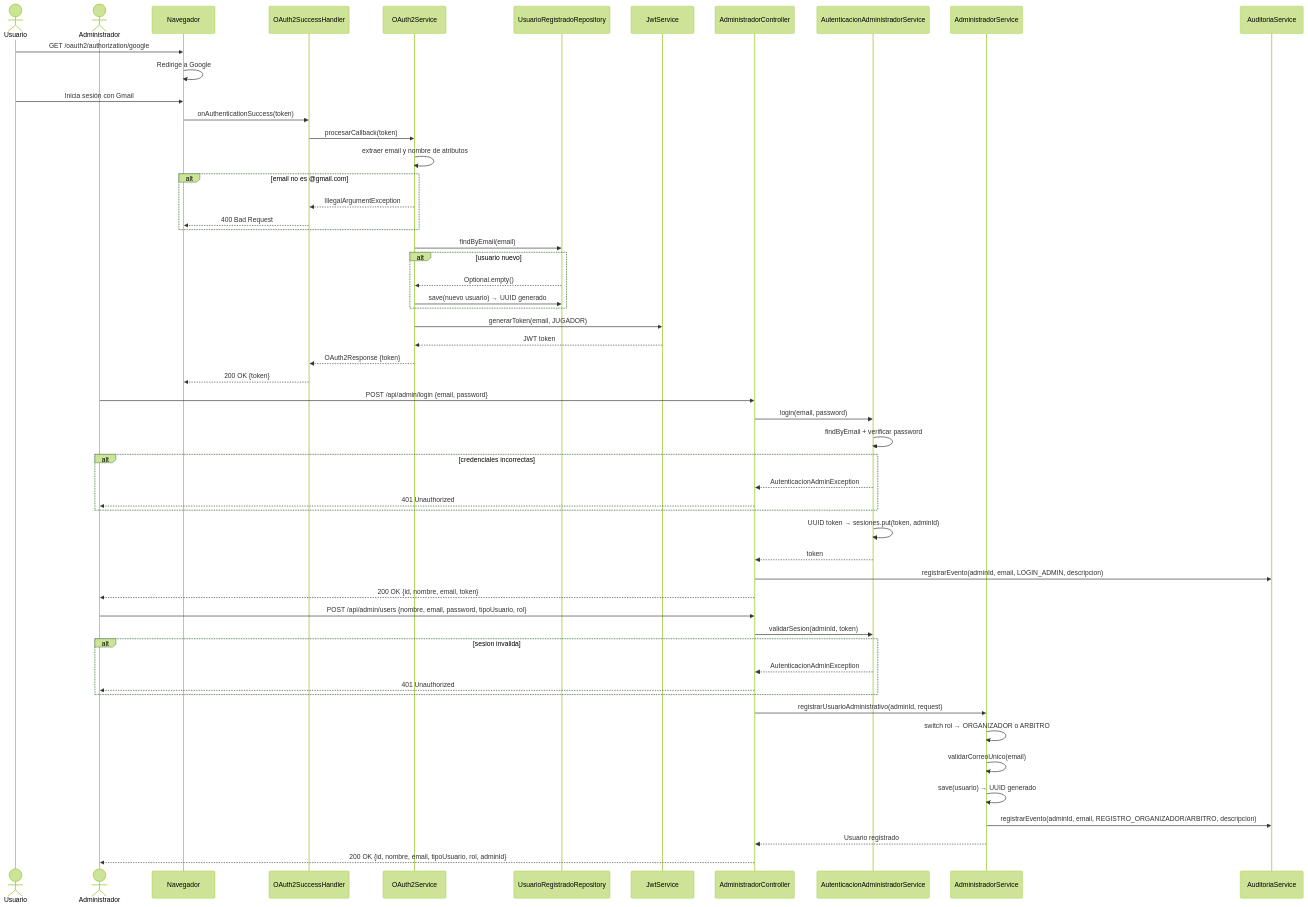
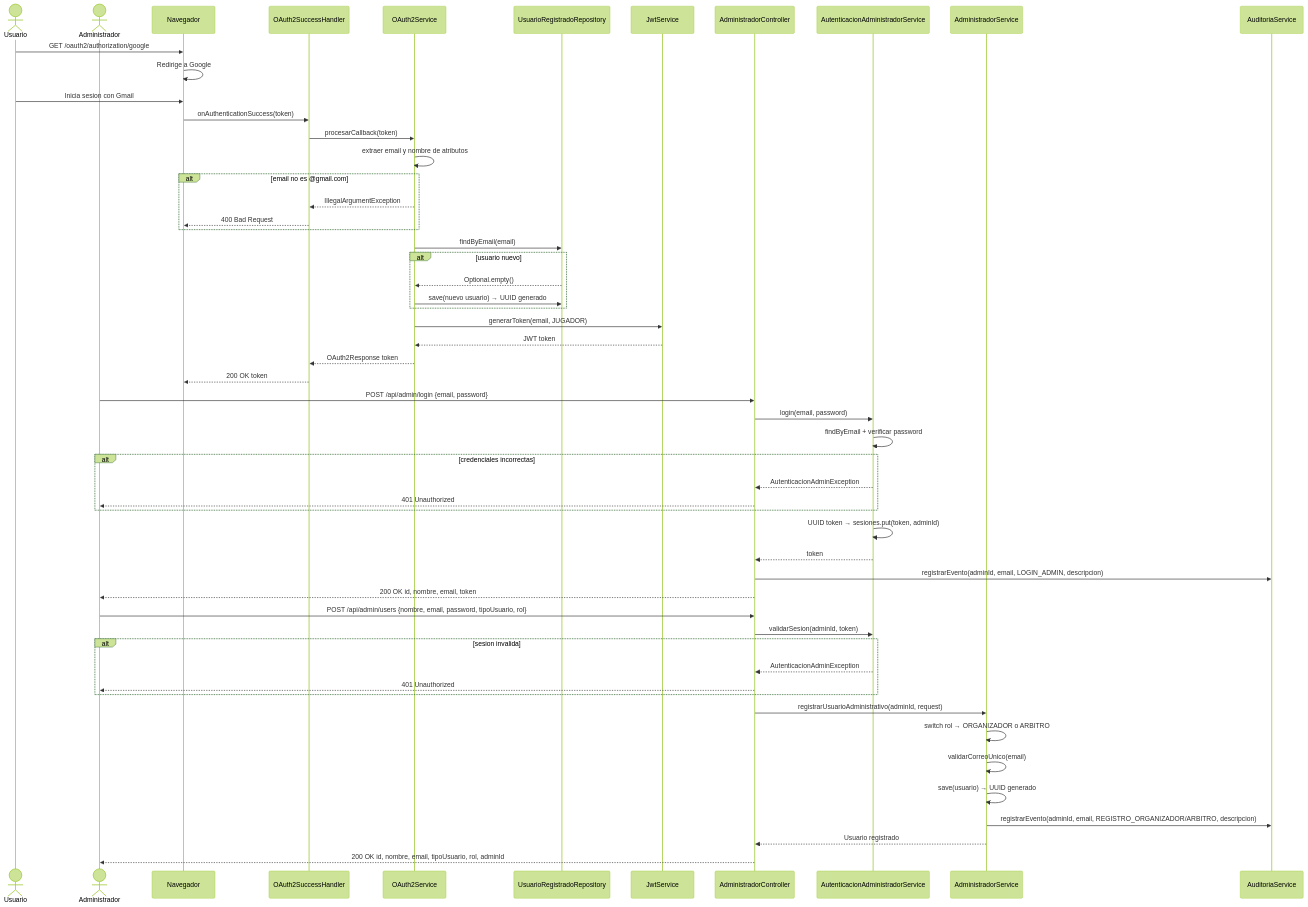
The diagram in docs/uml/diagramas-secuencia/12-oauth2-admin.md (nglsz006/SFC_techcup-futbol), drawn with Mermaid (forest theme) before and after one commit. The commit also changed other lines of this file and 22 other files, not shown here.

Commit message:
docs: arreglar diagramas final

````diff
--- a/docs/uml/diagramas-secuencia/12-oauth2-admin.md
+++ b/docs/uml/diagramas-secuencia/12-oauth2-admin.md
@@ -3,63 +7,63 @@
 ```mermaid
 sequenceDiagram
     actor Usuario
     actor Administrador
     participant Navegador
     participant OAuth2SuccessHandler
     participant OAuth2Service
     participant UsuarioRegistradoRepository
     participant JwtService
     participant AdministradorController
     participant AutenticacionAdministradorService
     participant AdministradorService
     participant AuditoriaService
 
     %% Login con Google OAuth2
     Usuario->>Navegador: GET /oauth2/authorization/google
     Navegador->>Navegador: Redirige a Google
-    Usuario->>Navegador: Inicia sesión con Gmail
+    Usuario->>Navegador: Inicia sesion con Gmail
     Navegador->>OAuth2SuccessHandler: onAuthenticationSuccess(token)
     OAuth2SuccessHandler->>OAuth2Service: procesarCallback(token)
     OAuth2Service->>OAuth2Service: extraer email y nombre de atributos
     alt email no es @gmail.com
         OAuth2Service-->>OAuth2SuccessHandler: IllegalArgumentException
         OAuth2SuccessHandler-->>Navegador: 400 Bad Request
     end
     OAuth2Service->>UsuarioRegistradoRepository: findByEmail(email)
     alt usuario nuevo
         UsuarioRegistradoRepository-->>OAuth2Service: Optional.empty()
         OAuth2Service->>UsuarioRegistradoRepository: save(nuevo usuario) → UUID generado
     end
     OAuth2Service->>JwtService: generarToken(email, JUGADOR)
     JwtService-->>OAuth2Service: JWT token
-    OAuth2Service-->>OAuth2SuccessHandler: OAuth2Response {token}
-    OAuth2SuccessHandler-->>Navegador: 200 OK {token}
+    OAuth2Service-->>OAuth2SuccessHandler: OAuth2Response token
+    OAuth2SuccessHandler-->>Navegador: 200 OK token
 
     %% Login de Administrador
     Administrador->>AdministradorController: POST /api/admin/login {email, password}
     AdministradorController->>AutenticacionAdministradorService: login(email, password)
     AutenticacionAdministradorService->>AutenticacionAdministradorService: findByEmail + verificar password
     alt credenciales incorrectas
         AutenticacionAdministradorService-->>AdministradorController: AutenticacionAdminException
         AdministradorController-->>Administrador: 401 Unauthorized
     end
     AutenticacionAdministradorService->>AutenticacionAdministradorService: UUID token → sesiones.put(token, adminId)
     AutenticacionAdministradorService-->>AdministradorController: token
     AdministradorController->>AuditoriaService: registrarEvento(adminId, email, LOGIN_ADMIN, descripcion)
-    AdministradorController-->>Administrador: 200 OK {id, nombre, email, token}
+    AdministradorController-->>Administrador: 200 OK id, nombre, email, token
 
     %% Registrar organizador o arbitro
     Administrador->>AdministradorController: POST /api/admin/users {nombre, email, password, tipoUsuario, rol}
     AdministradorController->>AutenticacionAdministradorService: validarSesion(adminId, token)
     alt sesion invalida
         AutenticacionAdministradorService-->>AdministradorController: AutenticacionAdminException
         AdministradorController-->>Administrador: 401 Unauthorized
     end
     AdministradorController->>AdministradorService: registrarUsuarioAdministrativo(adminId, request)
     AdministradorService->>AdministradorService: switch rol → ORGANIZADOR o ARBITRO
     AdministradorService->>AdministradorService: validarCorreoUnico(email)
     AdministradorService->>AdministradorService: save(usuario) → UUID generado
     AdministradorService->>AuditoriaService: registrarEvento(adminId, email, REGISTRO_ORGANIZADOR/ARBITRO, descripcion)
     AdministradorService-->>AdministradorController: Usuario registrado
-    AdministradorController-->>Administrador: 200 OK {id, nombre, email, tipoUsuario, rol, adminId}
+    AdministradorController-->>Administrador: 200 OK id, nombre, email, tipoUsuario, rol, adminId
 ```
````
